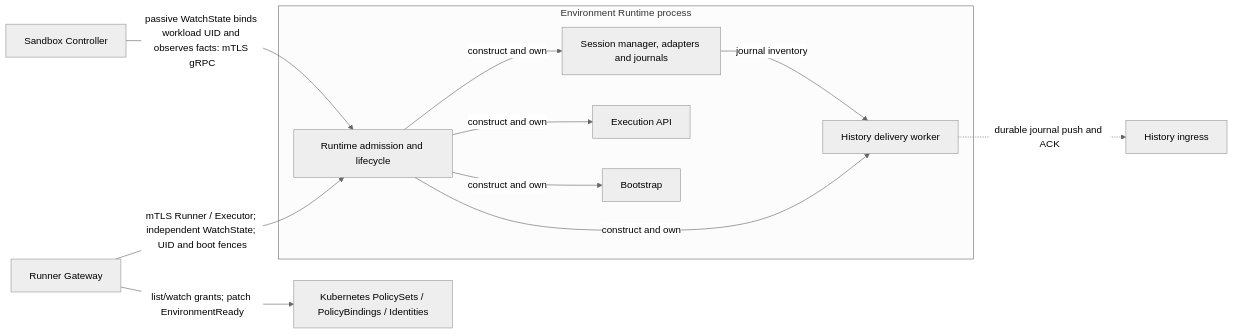
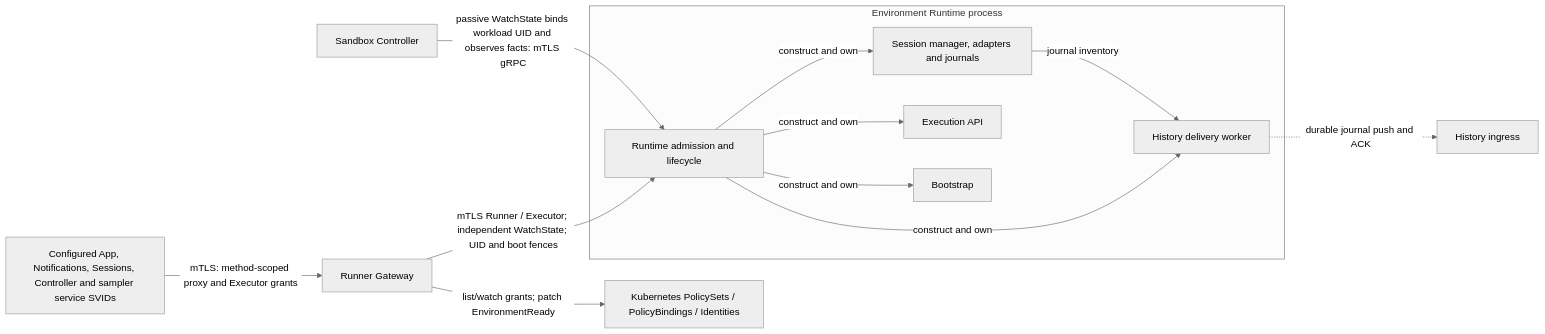
Before and after one commit to agentydragon/ducktape: the seventh of 15 diagrams in agentplane/docs/system_overview.md, drawn with Mermaid (neutral theme). The commit also changed other lines of this file and 3 other files, not shown here.

Commit message:
Admit service SVID callers on Gateway proxy and Executor methods

````diff
--- a/agentplane/docs/system_overview.md
+++ b/agentplane/docs/system_overview.md
@@ -438,19 +444,21 @@
 ```mermaid
 flowchart LR
     gateway[Runner Gateway]
+    services[Configured App, Notifications, Sessions, Controller and sampler service SVIDs]
+    services -->|mTLS: method-scoped proxy and Executor grants| gateway
     subgraph environment_runtime[Environment Runtime process]
       runtime[Runtime admission and lifecycle]
       sessions[Session manager, adapters and journals]
       execution[Execution API]
       bootstrap[Bootstrap]
       delivery[History delivery worker]
       runtime -->|construct and own| sessions & execution & bootstrap & delivery
       sessions -->|journal inventory| delivery
     end
     history[History ingress]
     gateway -->|mTLS Runner / Executor; independent WatchState; UID and boot fences| runtime
     policy_api[Kubernetes PolicySets / PolicyBindings / Identities]
     gateway -->|list/watch grants; patch EnvironmentReady| policy_api
     sandboxctl[Sandbox Controller] -->|passive WatchState binds workload UID and observes facts: mTLS gRPC| runtime
     delivery -.->|durable journal push and ACK| history
 ```
````
